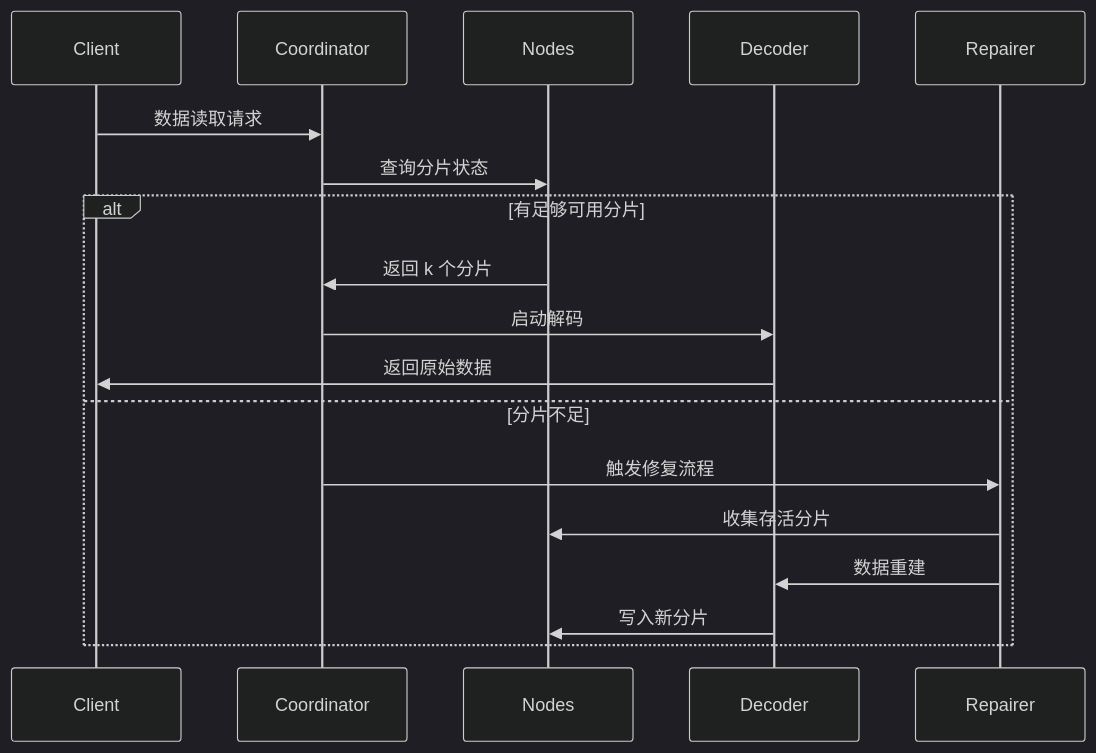
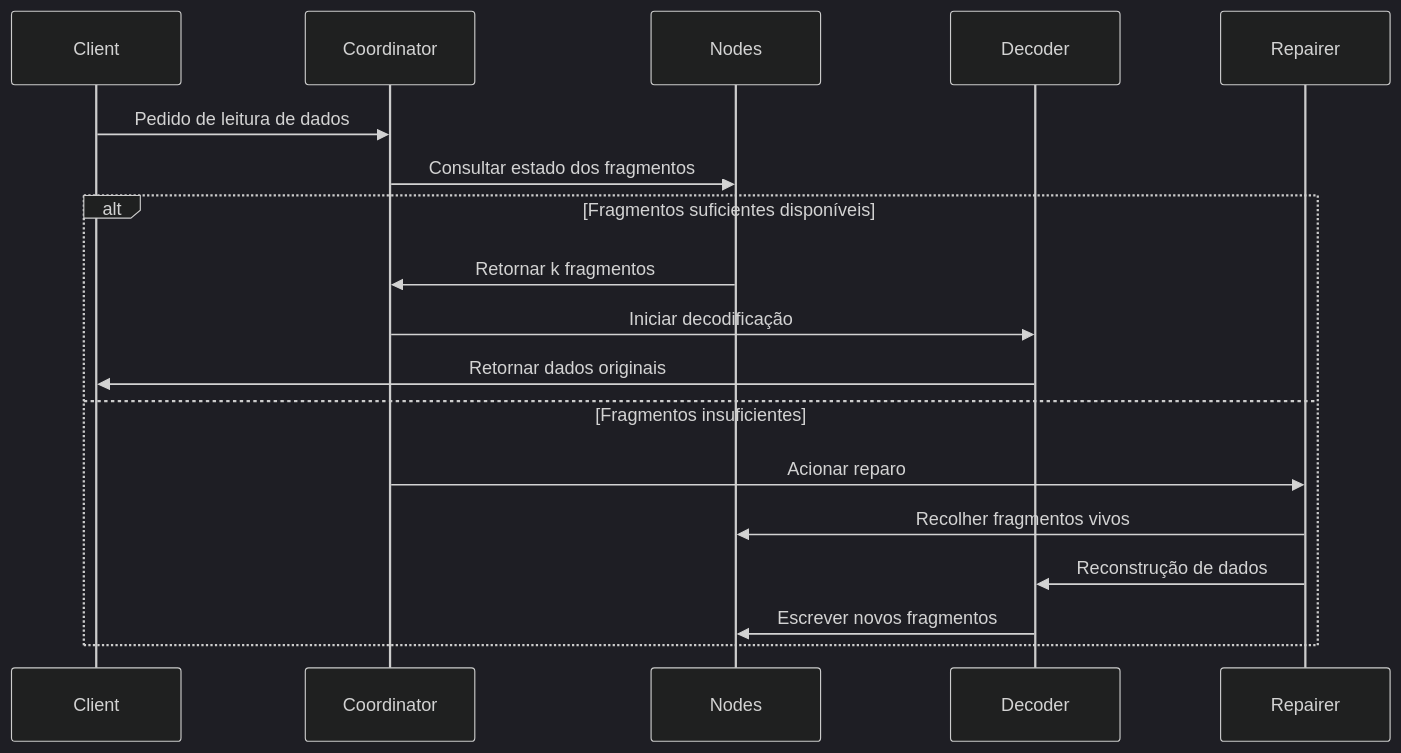
Before and after one commit to rustfs/docs.rustfs.com: the diagram in docs/pt/concepts/erasure-coding.md, drawn with Mermaid (dark theme). The commit also changed other lines of this file and 5 other files, not shown here.

````diff
--- a/docs/pt/concepts/erasure-coding.md
+++ b/docs/pt/concepts/erasure-coding.md
@@ -133,15 +129,15 @@
 ```mermaid
 sequenceDiagram
- Client->>Coordinator: 数据读取请求
- Coordinator->>Nodes: 查询分片状态
- alt 有足够可用分片
- Nodes->>Coordinator: 返回 k 个分片
- Coordinator->>Decoder: 启动解码
- Decoder->>Client: 返回原始数据
- else 分片不足
- Coordinator->>Repairer: 触发修复流程
- Repairer->>Nodes: 收集存活分片
- Repairer->>Decoder: 数据重建
- Decoder->>Nodes: 写入新分片
+ Client->>Coordinator: Pedido de leitura de dados
+ Coordinator->>Nodes: Consultar estado dos fragmentos
+ alt Fragmentos suficientes disponíveis
+ Nodes->>Coordinator: Retornar k fragmentos
+ Coordinator->>Decoder: Iniciar decodificação
+ Decoder->>Client: Retornar dados originais
+ else Fragmentos insuficientes
+ Coordinator->>Repairer: Acionar reparo
+ Repairer->>Nodes: Recolher fragmentos vivos
+ Repairer->>Decoder: Reconstrução de dados
+ Decoder->>Nodes: Escrever novos fragmentos
  end
 ```
````
